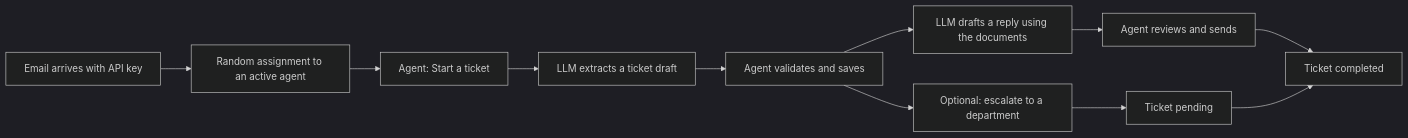
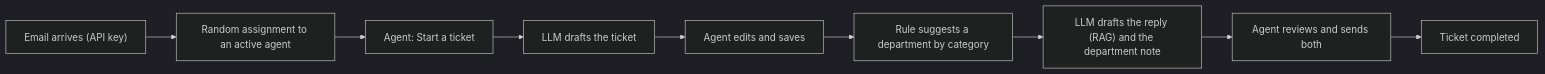
The first of 2 diagrams in README.md (midas0715/ai-email-ops), drawn with Mermaid (dark theme) before and after one commit. The commit also changed other lines of this file, not shown here.

````diff
--- a/README.md
+++ b/README.md
@@ -31,13 +29,11 @@
 ```mermaid
 flowchart LR
-    A[Email arrives with API key] --> B[Random assignment to an active agent]
-    B --> C[Agent: Start a ticket]
-    C --> D[LLM extracts a ticket draft]
-    D --> E[Agent validates and saves]
-    E --> F[LLM drafts a reply using the documents]
-    F --> G[Agent reviews and sends]
-    G --> H[Ticket completed]
-    E --> I[Optional: escalate to a department]
-    I --> J[Ticket pending]
-    J --> H
+    A["Email arrives (API key)"] --> B["Random assignment to an active agent"]
+    B --> C["Agent: Start a ticket"]
+    C --> D["LLM drafts the ticket"]
+    D --> E["Agent edits and saves"]
+    E --> F["Rule suggests a department by category"]
+    F --> G["LLM drafts the reply (RAG) and the department note"]
+    G --> H["Agent reviews and sends both"]
+    H --> I["Ticket completed"]
 ```
````
